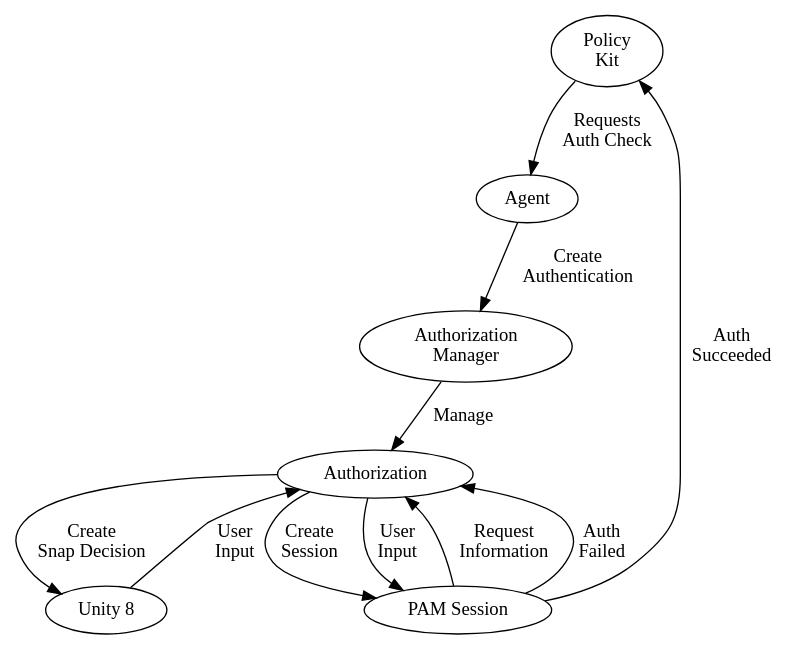
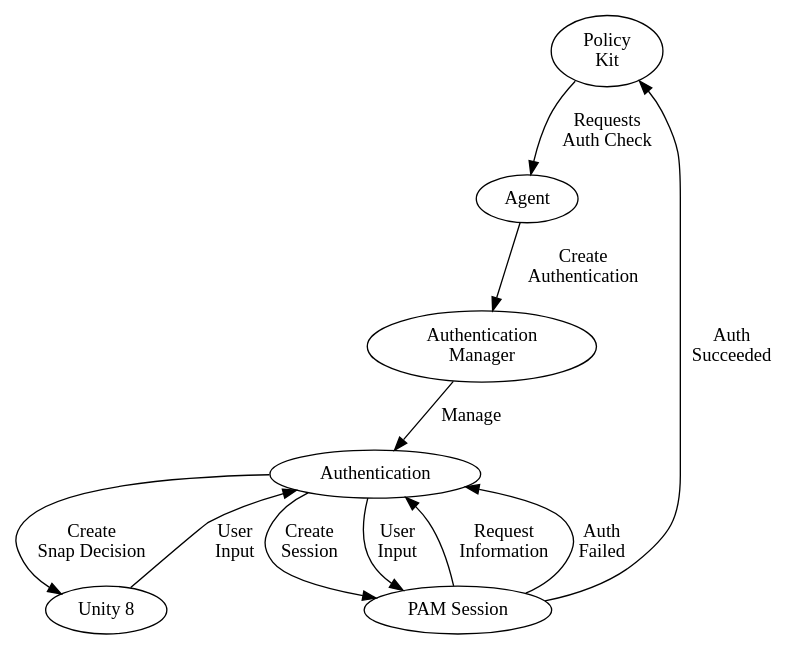
Before and after one commit to unity8-team/policykit-unity8: the diagram in docs/interactions.dot, drawn with Graphviz. The commit also changed 1 other file, not shown here.

```diff
--- a/docs/interactions.dot
+++ b/docs/interactions.dot
@@ -1,21 +1,21 @@
 digraph interactions {
-	pk [label="Policy\nKit"];
-	agent [label="Agent"];
-	authman [label="Authorization\nManager"];
-	auth [label="Authorization"];
-	u8 [label="Unity 8"];
-	session [label="PAM Session"];
+	pk [label="Policy\nKit", href="https://www.freedesktop.org/wiki/Software/polkit/"];
+	agent [label="Agent", href="#agent"];
+	authman [label="Authentication\nManager", href="#authentication-manager"];
+	auth [label="Authentication", href="#authentication"];
+	u8 [label="Unity 8", href="https://launchpad.net/unity8"];
+	session [label="PAM Session", href="http://www.linux-pam.org/"];
 
 	pk -> agent [label="Requests\nAuth Check"];
 	agent -> authman [label="Create\nAuthentication"];
 	authman -> auth [label="Manage"];
 
 	auth -> session [label="Create\nSession"];
 	session -> auth [label="Request\nInformation"];
 	auth -> u8 [label="Create\nSnap Decision"];
 	u8 -> auth [label="User\nInput"];
 	auth -> session [label="User\nInput"];
 
 	session -> pk [label="Auth\nSucceeded"];
 	session -> auth [label="Auth\nFailed"];
 }
```
